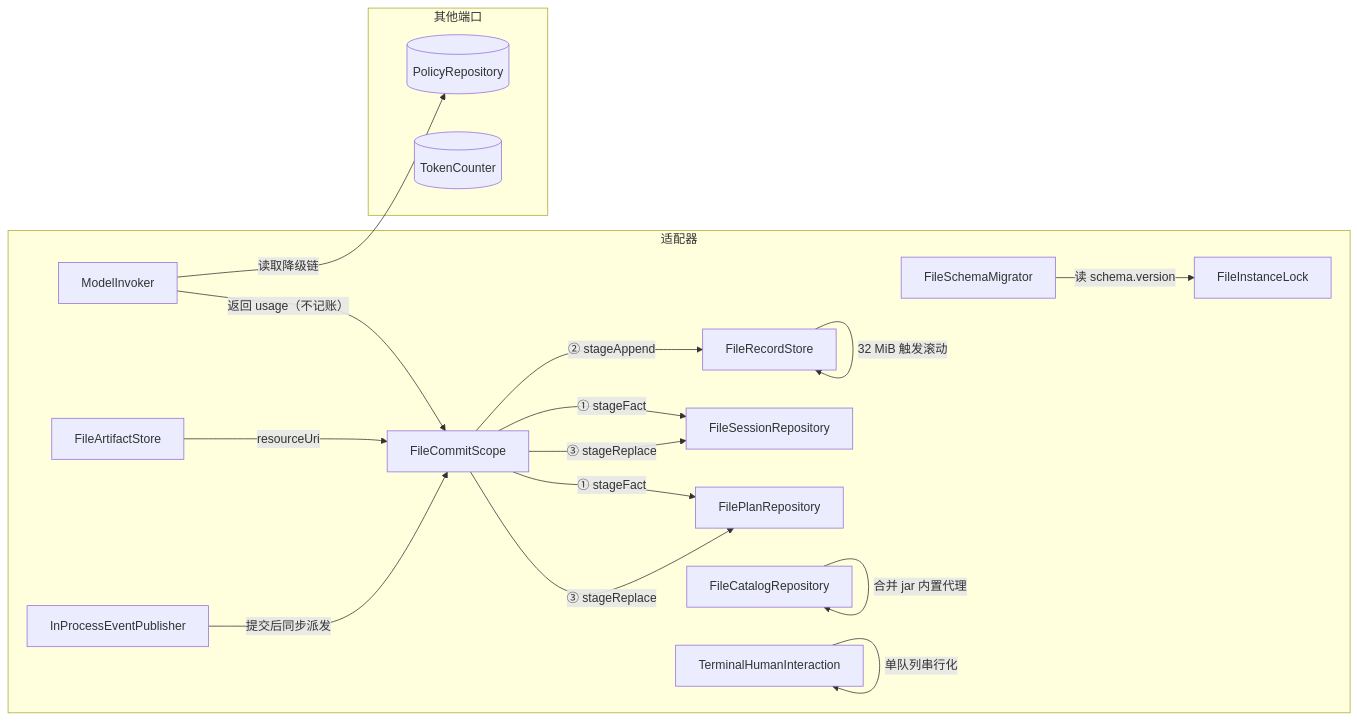
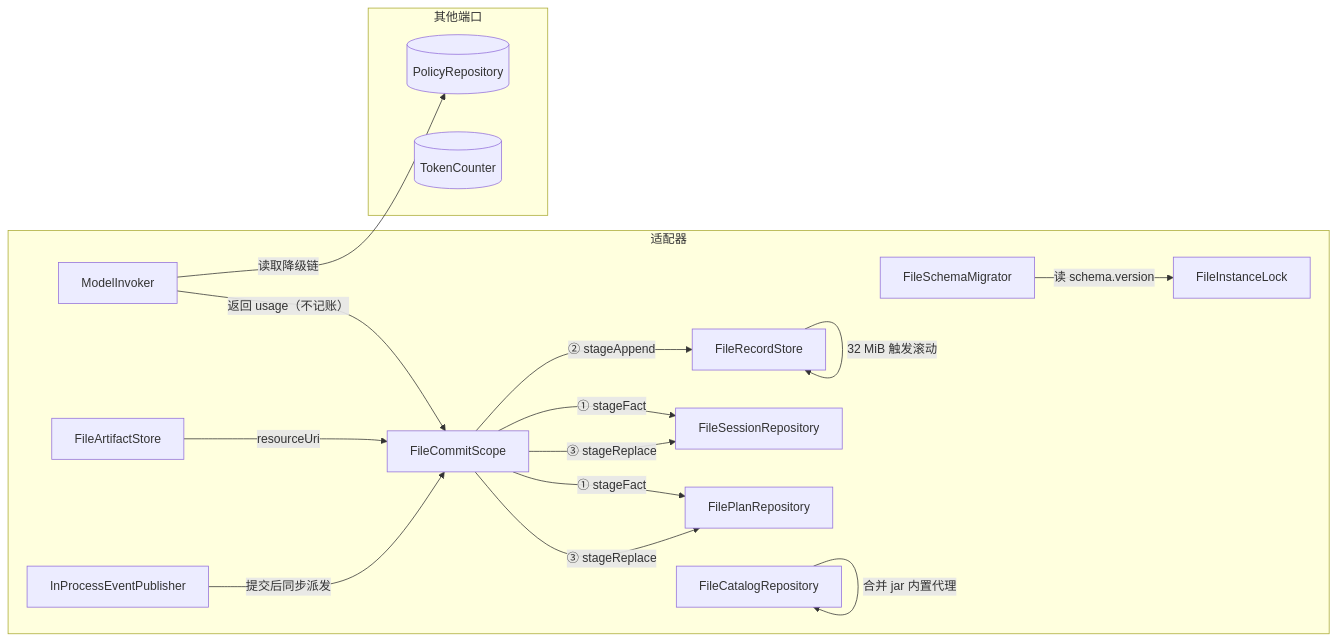
Before and after one commit to zcd0831/Jellyfish-Docs: the second of 3 diagrams in model/模块-基础设施层.md, drawn with Mermaid. The commit also changed other lines of this file and 7 other files, not shown here.

````diff
--- a/model/模块-基础设施层.md
+++ b/model/模块-基础设施层.md
@@ -92,31 +87,29 @@
 ```mermaid
 flowchart LR
     subgraph 适配器
         CS[FileCommitScope]
         RS[FileRecordStore]
         SR[FileSessionRepository]
         PR[FilePlanRepository]
         CR[FileCatalogRepository]
         AS[FileArtifactStore]
         MI[ModelInvoker]
-        HI[TerminalHumanInteraction]
         PUB[InProcessEventPublisher]
         MIG[FileSchemaMigrator]
         LOCK[FileInstanceLock]
     end
     subgraph 其他端口
         POL[(PolicyRepository)]
         TK[(TokenCounter)]
     end
     MI -->|"读取降级链"| POL
     MI -->|"返回 usage（不记账）"| CS
     CS -->|"① stageFact"| SR & PR
     CS -->|"② stageAppend"| RS
     CS -->|"③ stageReplace"| SR & PR
     RS -->|"32 MiB 触发滚动"| RS
     CR -->|"合并 jar 内置代理"| CR
     AS -->|"resourceUri"| CS
-    HI -->|"单队列串行化"| HI
     MIG -->|"读 schema.version"| LOCK
     PUB -->|"提交后同步派发"| CS
 ```
````
